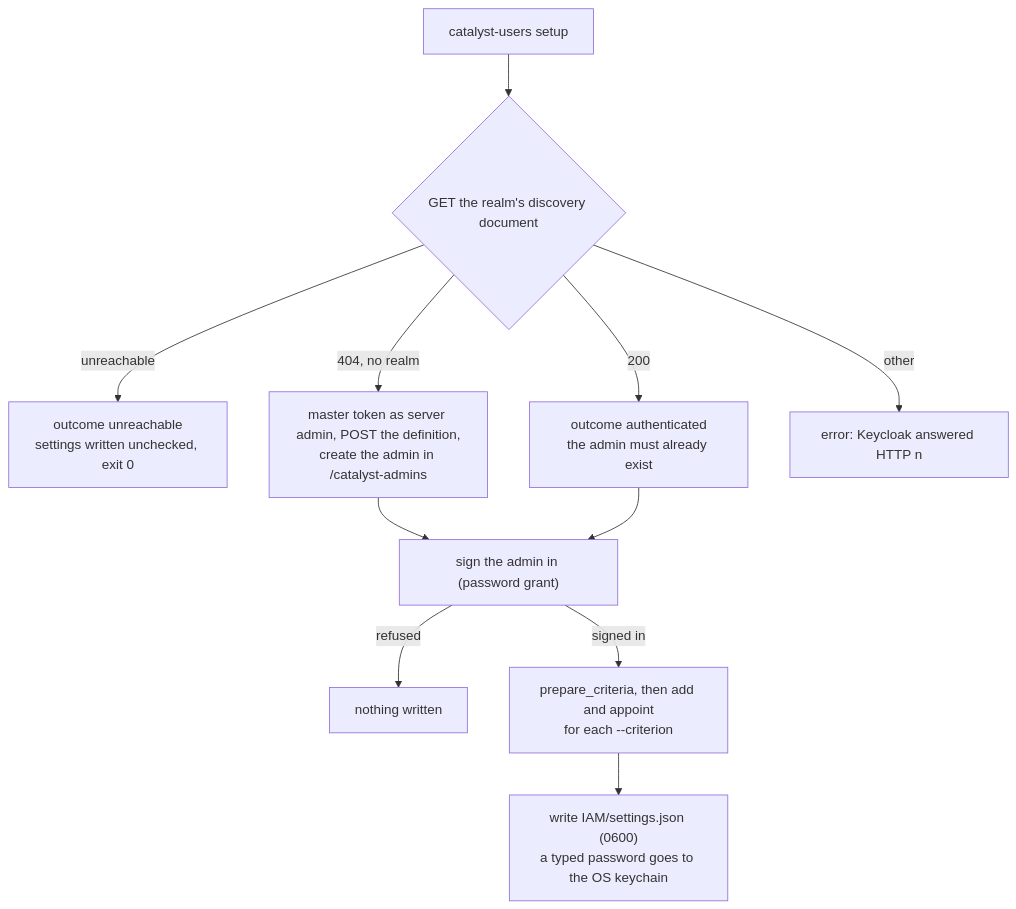
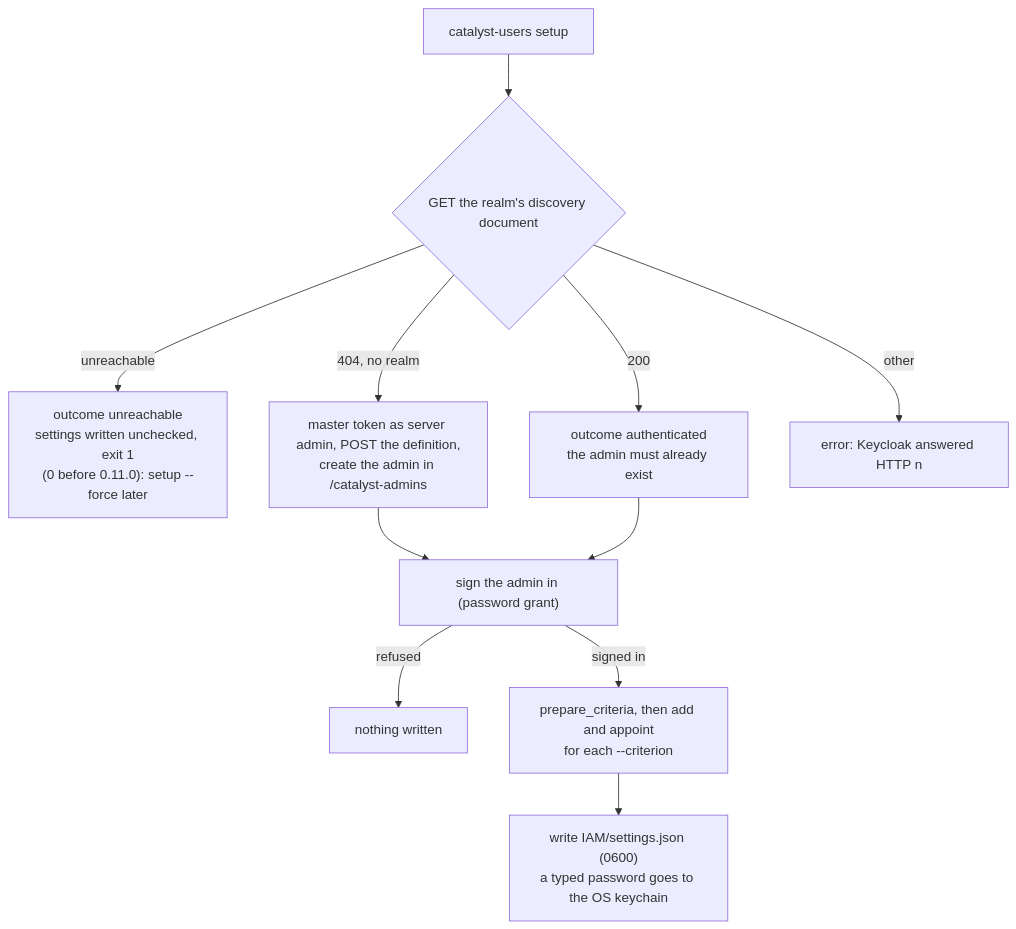
One commit to cantica-tech/catalyst-docs changed the sixth of 18 diagrams in docs/guide/manual/50-identity-users-mcp.md. Above: the diagram before and after it, drawn with Mermaid. The commit also changed other lines of this file and 9 other files, not shown here.

````diff
--- a/docs/guide/manual/50-identity-users-mcp.md
+++ b/docs/guide/manual/50-identity-users-mcp.md
@@ -528,13 +538,13 @@
 ```mermaid
 flowchart TD
   A["catalyst-users setup"] --> D{"GET the realm's discovery document"}
-  D -- "unreachable" --> U["outcome unreachable<br/>settings written unchecked, exit 0"]
+  D -- "unreachable" --> U["outcome unreachable<br/>settings written unchecked, exit 1<br/>(0 before 0.11.0): setup --force later"]
   D -- "404, no realm" --> CR["master token as server admin, POST the definition,<br/>create the admin in /catalyst-admins"]
   D -- "200" --> AU["outcome authenticated<br/>the admin must already exist"]
   D -- "other" --> ER["error: Keycloak answered HTTP n"]
   CR --> SI["sign the admin in (password grant)"]
   AU --> SI
   SI -- "refused" --> NW["nothing written"]
   SI -- "signed in" --> PR["prepare_criteria, then add and appoint<br/>for each --criterion"]
   PR --> W["write IAM/settings.json (0600)<br/>a typed password goes to the OS keychain"]
 ```
````
